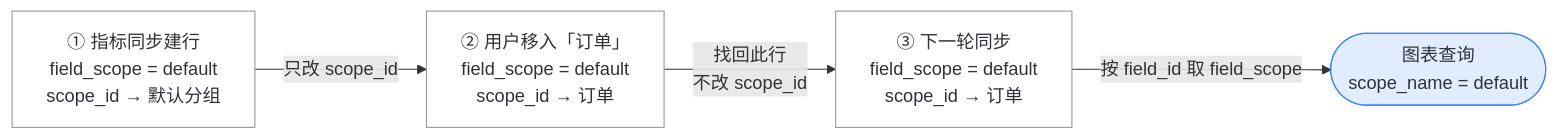
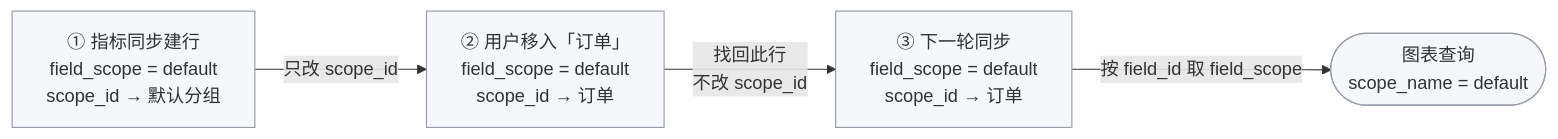
Before and after one commit to ZhuoZhuoCrayon/ai-workspace: the fourth of 28 diagrams in knowledge/bkmonitor/issues/2026-09-15-custom-metric-metadata/PLAN.md, drawn with Mermaid. The commit also changed other lines of this file and 12 other files, not shown here.

````diff
--- a/knowledge/bkmonitor/issues/2026-09-15-custom-metric-metadata/PLAN.md
+++ b/knowledge/bkmonitor/issues/2026-09-15-custom-metric-metadata/PLAN.md
@@ -144,14 +292,12 @@
 ```mermaid
 flowchart LR
     Create["① 指标同步建行<br/>field_scope = default<br/>scope_id → 默认分组"]
     Moved["② 用户移入「订单」<br/>field_scope = default<br/>scope_id → 订单"]
     Synced["③ 下一轮同步<br/>field_scope = default<br/>scope_id → 订单"]
     Query(["图表查询<br/>scope_name = default"])
     Create -- "只改 scope_id" --> Moved
     Moved -- "找回此行<br/>不改 scope_id" --> Synced
     Synced -- "按 field_id 取 field_scope" --> Query
-    classDef row fill:#FFFFFF,stroke:#979BA5,color:#313238
-    classDef query fill:#E1ECFF,stroke:#3A84FF,color:#313238
-    class Create,Moved,Synced row
-    class Query query
+    classDef kept fill:#F5F7FA,stroke:#979BA5,color:#313238
+    class Create,Moved,Synced,Query kept
 ```
````
